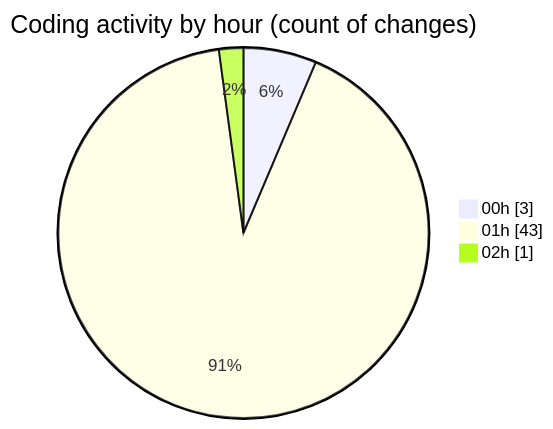
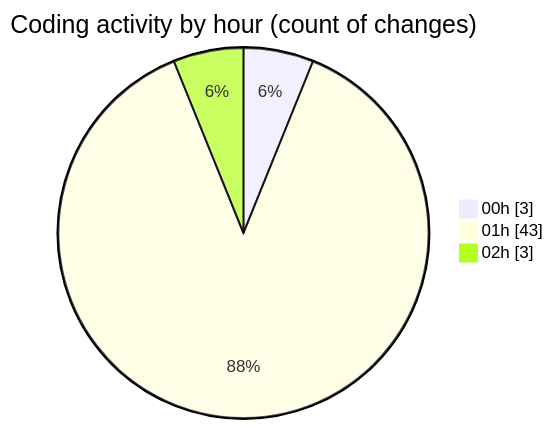
The second of 2 diagrams in 2025-10-02/oura-api/README.md (mevix1/code-tracking), drawn with Mermaid before and after one commit. The commit also changed other lines of this file and 1 other file, not shown here.

````diff
--- a/2025-10-02/oura-api/README.md
+++ b/2025-10-02/oura-api/README.md
@@ -69,7 +70,7 @@
 ```mermaid
 pie showData
 title Coding activity by hour (count of changes)
 "00h" : 3
 "01h" : 43
-"02h" : 1
+"02h" : 3
 ```
````
